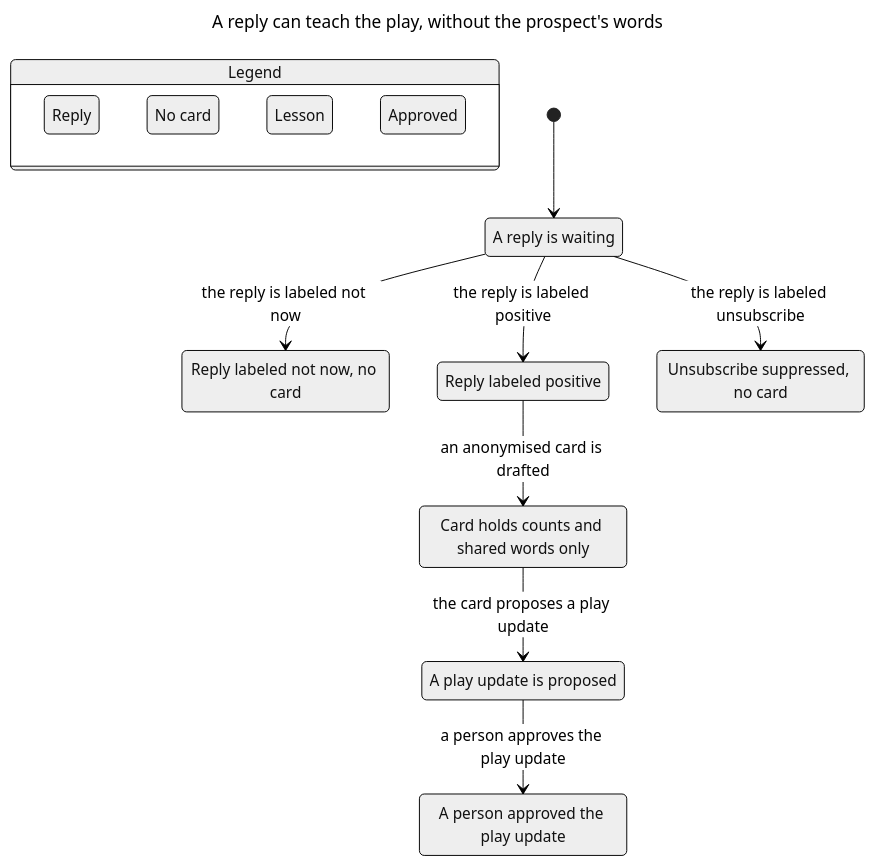
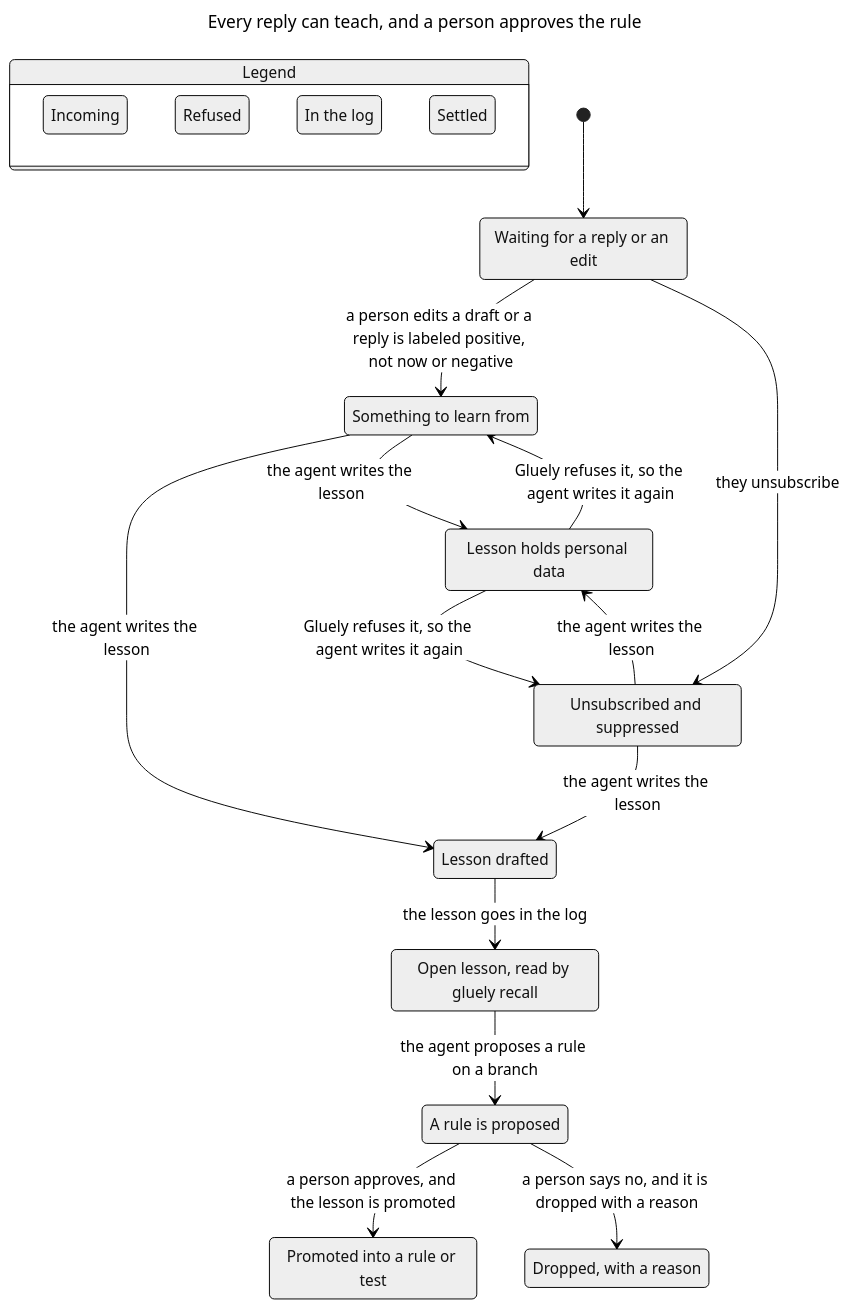
One commit to ycanerden/gluely changed the diagram in docs/charts/learn-loop/chart.mmd. Above: the diagram before and after it, drawn with Mermaid (neutral theme). The commit also changed 33 other files, not shown here.

First line of the commit message:
Kill rules by time, cost warnings, waterfalls and corrected charts

```diff
--- a/docs/charts/learn-loop/chart.mmd
+++ b/docs/charts/learn-loop/chart.mmd
@@ -1,35 +1,45 @@
 ---
-title: "A reply can teach the play, without the prospect's words"
+title: "Every reply can teach, and a person approves the rule"
 ---
 stateDiagram-v2
   state "Legend" as legend {
-    lg0: Reply
-    lg1: No card
-    lg2: Lesson
-    lg3: Approved
+    lg0: Incoming
+    lg1: Refused
+    lg2: In the log
+    lg3: Settled
   }
   class lg0 yellow
   class lg1 orange
   class lg2 teal
   class lg3 blue
-  s0: A reply is waiting
-  s1: Reply labeled not now, no card
-  s2: Reply labeled positive
-  s3: Unsubscribe suppressed, no card
-  s4: Card holds counts and shared words only
-  s5: A play update is proposed
-  s6: A person approved the play update
+  s0: Waiting for a reply or an edit
+  s1: Something to learn from
+  s2: Unsubscribed and suppressed
+  s3: Lesson drafted
+  s4: Lesson holds personal data
+  s5: Open lesson, read by gluely recall
+  s6: A rule is proposed
+  s7: Promoted into a rule or test
+  s8: Dropped, with a reason
   [*] --> s0
-  s0 --> s1: the reply is labeled not now
-  s0 --> s2: the reply is labeled positive
-  s0 --> s3: the reply is labeled unsubscribe
-  s2 --> s4: an anonymised card is drafted
-  s4 --> s5: the card proposes a play update
-  s5 --> s6: a person approves the play update
+  s0 --> s1: a person edits a draft or a reply is labeled positive, not now or negative
+  s0 --> s2: they unsubscribe
+  s1 --> s3: the agent writes the lesson
+  s1 --> s4: the agent writes the lesson
+  s2 --> s3: the agent writes the lesson
+  s2 --> s4: the agent writes the lesson
+  s3 --> s5: the lesson goes in the log
+  s4 --> s1: Gluely refuses it, so the agent writes it again
+  s4 --> s2: Gluely refuses it, so the agent writes it again
+  s5 --> s6: the agent proposes a rule on a branch
+  s6 --> s7: a person approves, and the lesson is promoted
+  s6 --> s8: a person says no, and it is dropped with a reason
   class s0 yellow
-  class s1 orange
+  class s1 yellow
   class s2 yellow
-  class s3 orange
-  class s4 teal
+  class s3 yellow
+  class s4 orange
   class s5 teal
-  class s6 blue
+  class s6 teal
+  class s7 blue
+  class s8 blue
```
